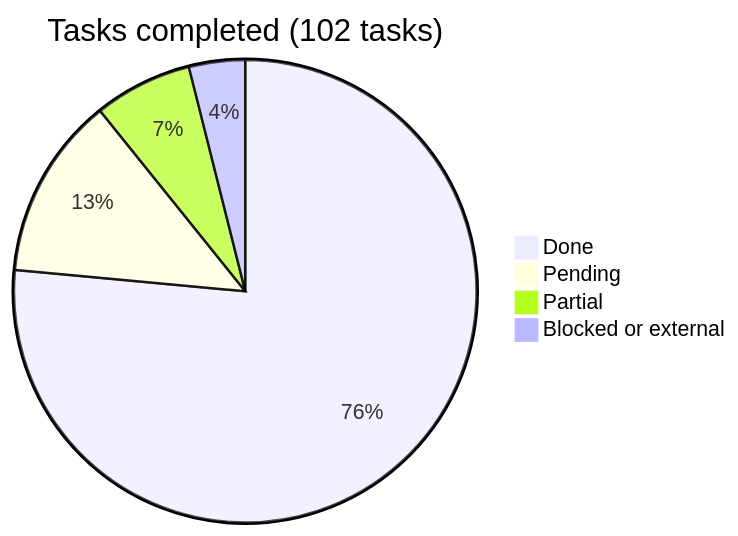
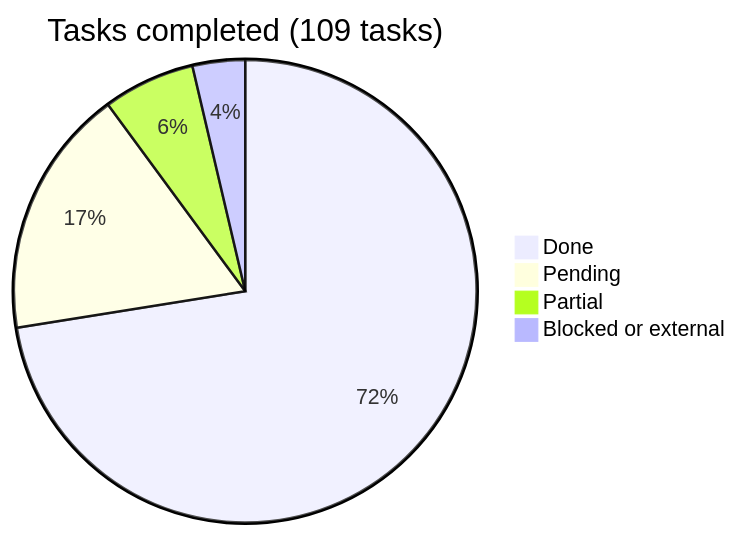
Before and after one commit to araguaney-lat/araguaney-app: the diagram in docs/roadmap/README.md, drawn with Mermaid. The commit also changed other lines of this file and 6 other files, not shown here.

````diff
--- a/docs/roadmap/README.md
+++ b/docs/roadmap/README.md
@@ -16,7 +16,7 @@
 ```mermaid
-pie title Tasks completed (102 tasks)
-    "Done" : 78
-    "Pending" : 13
+pie title Tasks completed (109 tasks)
+    "Done" : 79
+    "Pending" : 19
     "Partial" : 7
     "Blocked or external" : 4
 ```
````
